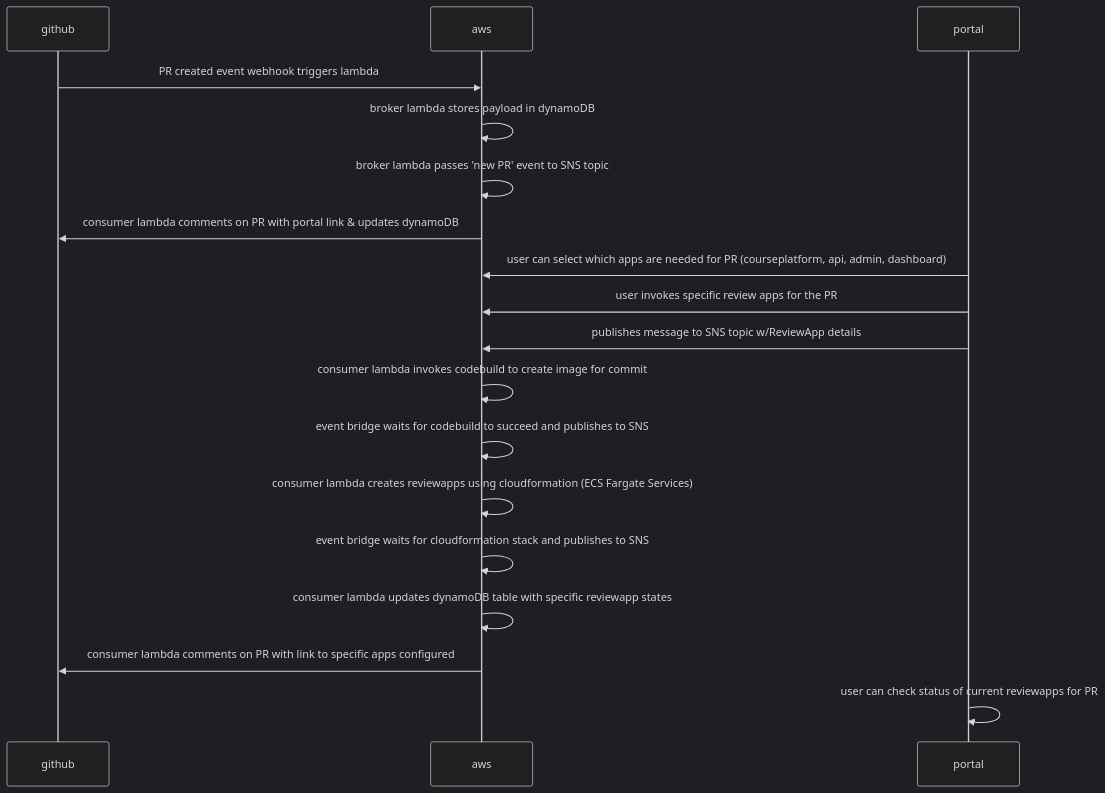
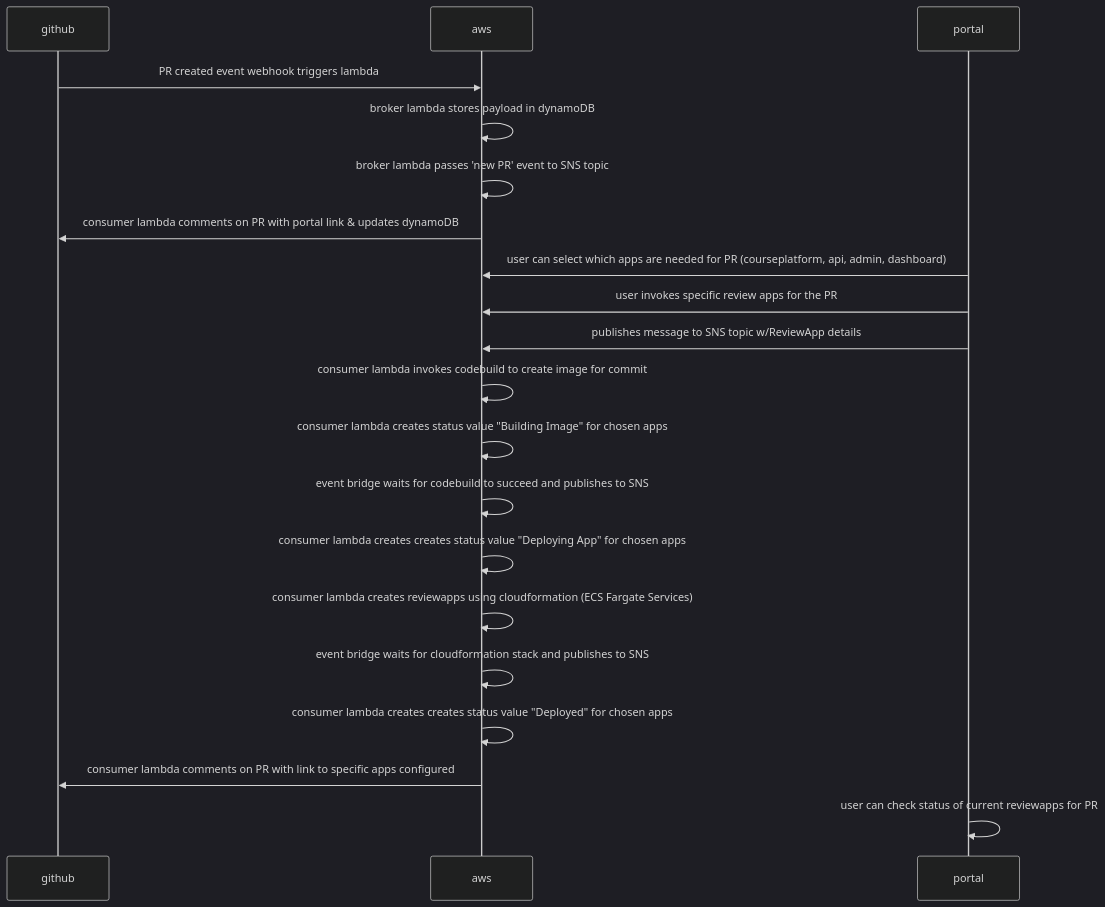
The diagram in sequence_diagrams/create_review_app.md (arpan-skilljar/testrepo), drawn with Mermaid (dark theme) before and after one commit.

````diff
--- a/sequence_diagrams/create_review_app.md
+++ b/sequence_diagrams/create_review_app.md
@@ -1,20 +1,22 @@
 ```mermaid
 sequenceDiagram
     participant github
     participant aws
     participant portal
     github->>aws: PR created event webhook triggers lambda
     aws->>aws: broker lambda stores payload in dynamoDB
     aws->>aws: broker lambda passes 'new PR' event to SNS topic
     aws->>github: consumer lambda comments on PR with portal link & updates dynamoDB
     portal->>aws: user can select which apps are needed for PR (courseplatform, api, admin, dashboard)
     portal->>aws: user invokes specific review apps for the PR
     portal->>aws: publishes message to SNS topic w/ReviewApp details    
     aws->>aws: consumer lambda invokes codebuild to create image for commit
+    aws->>aws: consumer lambda creates status value "Building Image" for chosen apps    
     aws->>aws: event bridge waits for codebuild to succeed and publishes to SNS 
+    aws->>aws: consumer lambda creates creates status value "Deploying App" for chosen apps  
     aws->>aws: consumer lambda creates reviewapps using cloudformation (ECS Fargate Services)
     aws->>aws: event bridge waits for cloudformation stack and publishes to SNS
-    aws->>aws: consumer lambda updates dynamoDB table with specific reviewapp states
+    aws->>aws: consumer lambda creates creates status value "Deployed" for chosen apps  
     aws->>github: consumer lambda comments on PR with link to specific apps configured
     portal->>portal: user can check status of current reviewapps for PR
 ```
````
